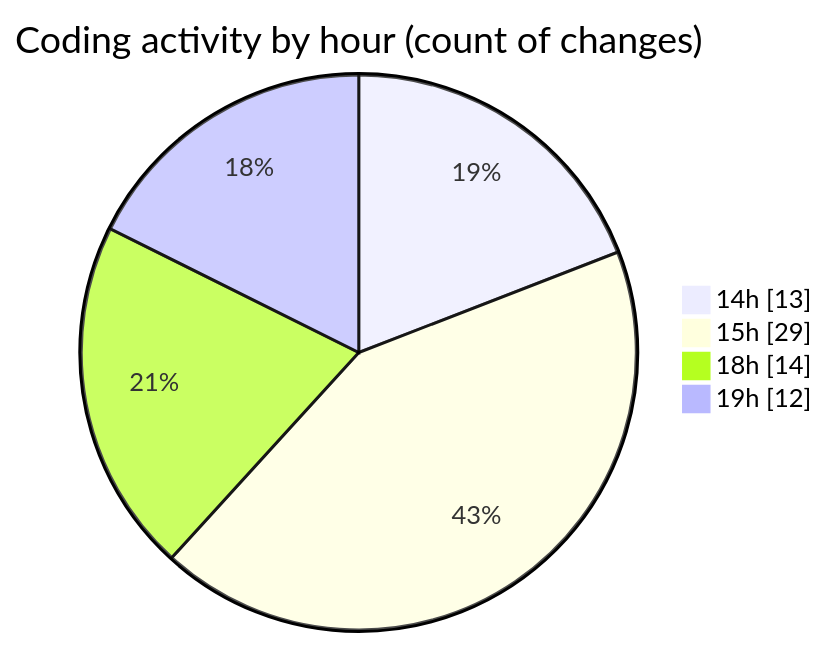
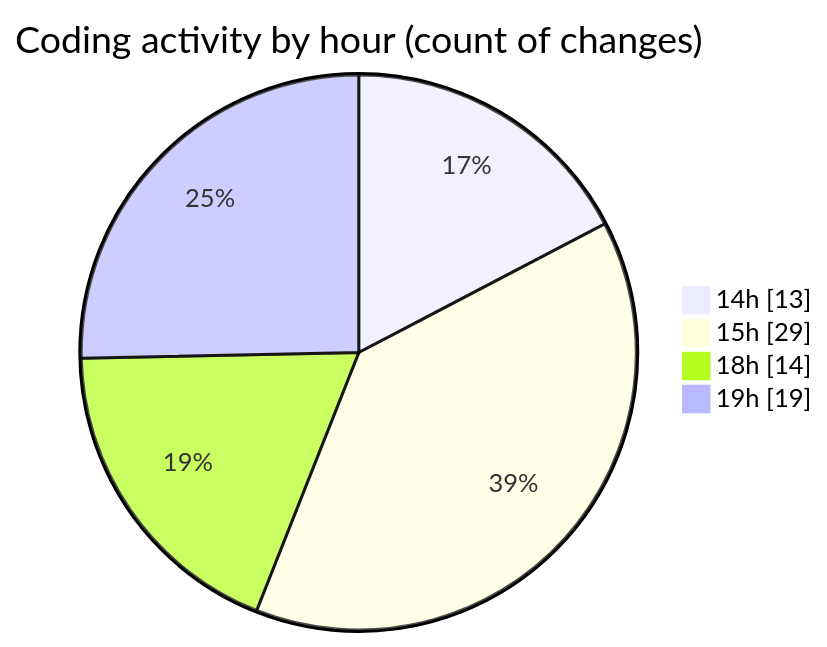
The second of 2 diagrams in 2025-06-23/scopecraft/README.md (Ritupan-Deka/code-tracking), drawn with Mermaid before and after one commit. The commit also changed other lines of this file and 1 other file, not shown here.

````diff
--- a/2025-06-23/scopecraft/README.md
+++ b/2025-06-23/scopecraft/README.md
@@ -49,8 +49,8 @@
 ```mermaid
 pie showData
 title Coding activity by hour (count of changes)
 "14h" : 13
 "15h" : 29
 "18h" : 14
-"19h" : 12
+"19h" : 19
 ```
````
